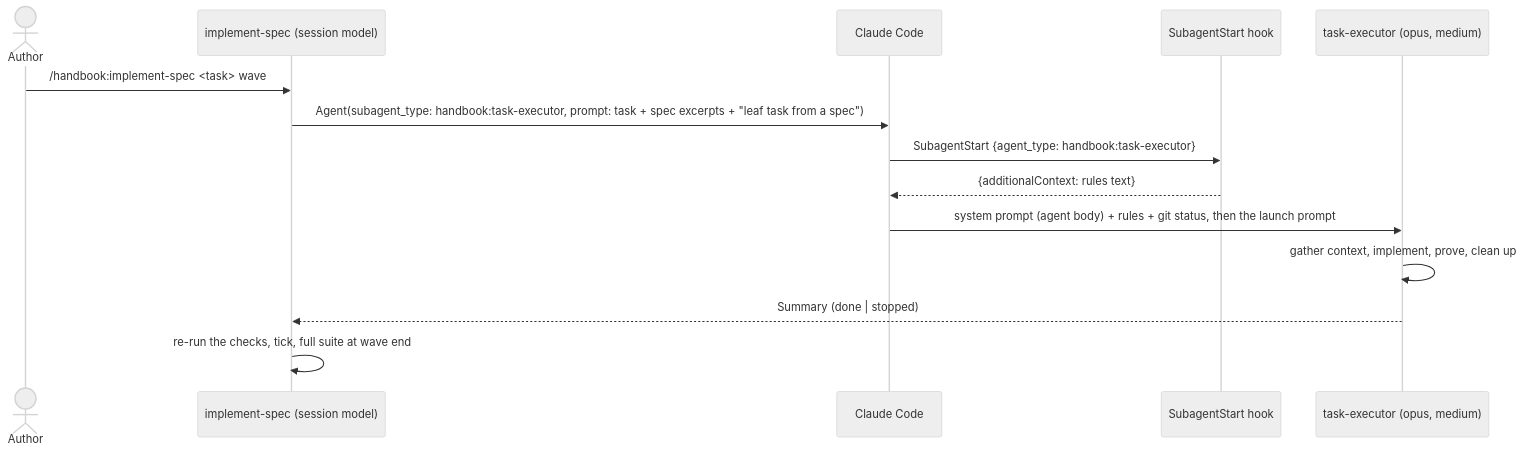
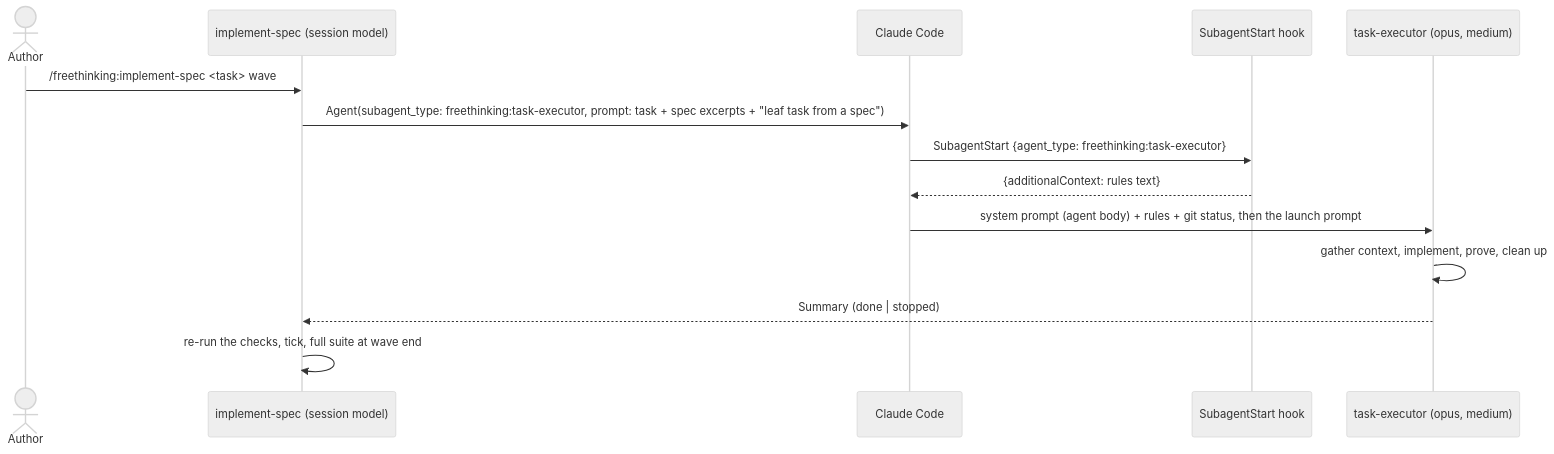
One commit to freethinkingit/dev_tools changed the first of 2 diagrams in .claude/specs/task-executor-agent/design.md. Above: the diagram before and after it, drawn with Mermaid (neutral theme). The commit also changed other lines of this file and 30 other files, not shown here.

````diff
--- a/.claude/specs/task-executor-agent/design.md
+++ b/.claude/specs/task-executor-agent/design.md
@@ -11,16 +11,16 @@
 ```mermaid
 sequenceDiagram
     actor A as Author
     participant S as implement-spec (session model)
     participant CC as Claude Code
     participant H as SubagentStart hook
     participant X as task-executor (opus, medium)
-    A->>S: /handbook:implement-spec <task> wave
-    S->>CC: Agent(subagent_type: handbook:task-executor, prompt: task + spec excerpts + "leaf task from a spec")
-    CC->>H: SubagentStart {agent_type: handbook:task-executor}
+    A->>S: /freethinking:implement-spec <task> wave
+    S->>CC: Agent(subagent_type: freethinking:task-executor, prompt: task + spec excerpts + "leaf task from a spec")
+    CC->>H: SubagentStart {agent_type: freethinking:task-executor}
     H-->>CC: {additionalContext: rules text}
     CC->>X: system prompt (agent body) + rules + git status, then the launch prompt
     X->>X: gather context, implement, prove, clean up
     X-->>S: Summary (done | stopped)
     S->>S: re-run the checks, tick, full suite at wave end
 ```
````
